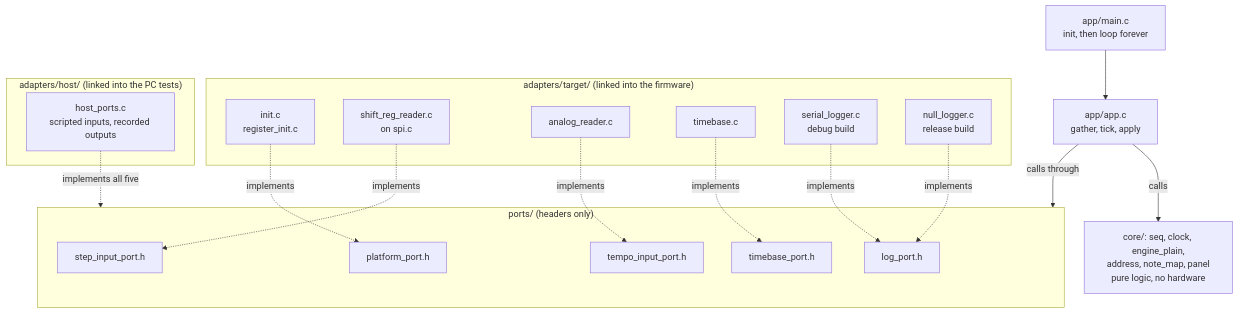
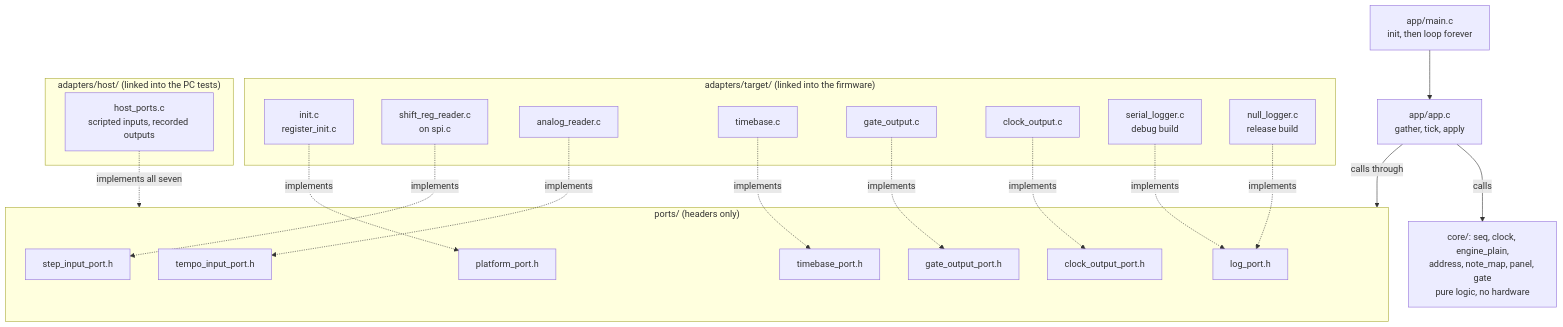
The second of 20 diagrams in docs/ARCHITECTURE.md (BonelessPig/nano_sequencer), drawn with Mermaid before and after one commit. The commit also changed other lines of this file and 33 other files, not shown here.

First line of the commit message:
Phase 3: gate and clock outputs

````diff
--- a/docs/ARCHITECTURE.md
+++ b/docs/ARCHITECTURE.md
@@ -49,31 +51,37 @@
 ```mermaid
 flowchart TD
     main["app/main.c<br/>init, then loop forever"] --> app["app/app.c<br/>gather, tick, apply"]
-    app -->|"calls"| core["core/: seq, clock, engine_plain,<br/>address, note_map, panel<br/>pure logic, no hardware"]
+    app -->|"calls"| core["core/: seq, clock, engine_plain,<br/>address, note_map, panel, gate<br/>pure logic, no hardware"]
     app -->|"calls through"| ports
     subgraph ports["ports/ (headers only)"]
         p_platform["platform_port.h"]
         p_step["step_input_port.h"]
         p_tempo["tempo_input_port.h"]
         p_time["timebase_port.h"]
+        p_gate["gate_output_port.h"]
+        p_clock["clock_output_port.h"]
         p_log["log_port.h"]
     end
     subgraph target["adapters/target/ (linked into the firmware)"]
         t_init["init.c<br/>register_init.c"]
         t_shift["shift_reg_reader.c<br/>on spi.c"]
         t_adc["analog_reader.c"]
         t_time["timebase.c"]
+        t_gate["gate_output.c"]
+        t_clock["clock_output.c"]
         t_serial["serial_logger.c<br/>debug build"]
         t_null["null_logger.c<br/>release build"]
     end
     subgraph host["adapters/host/ (linked into the PC tests)"]
         h_ports["host_ports.c<br/>scripted inputs, recorded outputs"]
     end
     t_init -.->|"implements"| p_platform
     t_shift -.->|"implements"| p_step
     t_adc -.->|"implements"| p_tempo
     t_time -.->|"implements"| p_time
+    t_gate -.->|"implements"| p_gate
+    t_clock -.->|"implements"| p_clock
     t_serial -.->|"implements"| p_log
     t_null -.->|"implements"| p_log
-    h_ports -.->|"implements all five"| ports
+    h_ports -.->|"implements all seven"| ports
 ```
````
